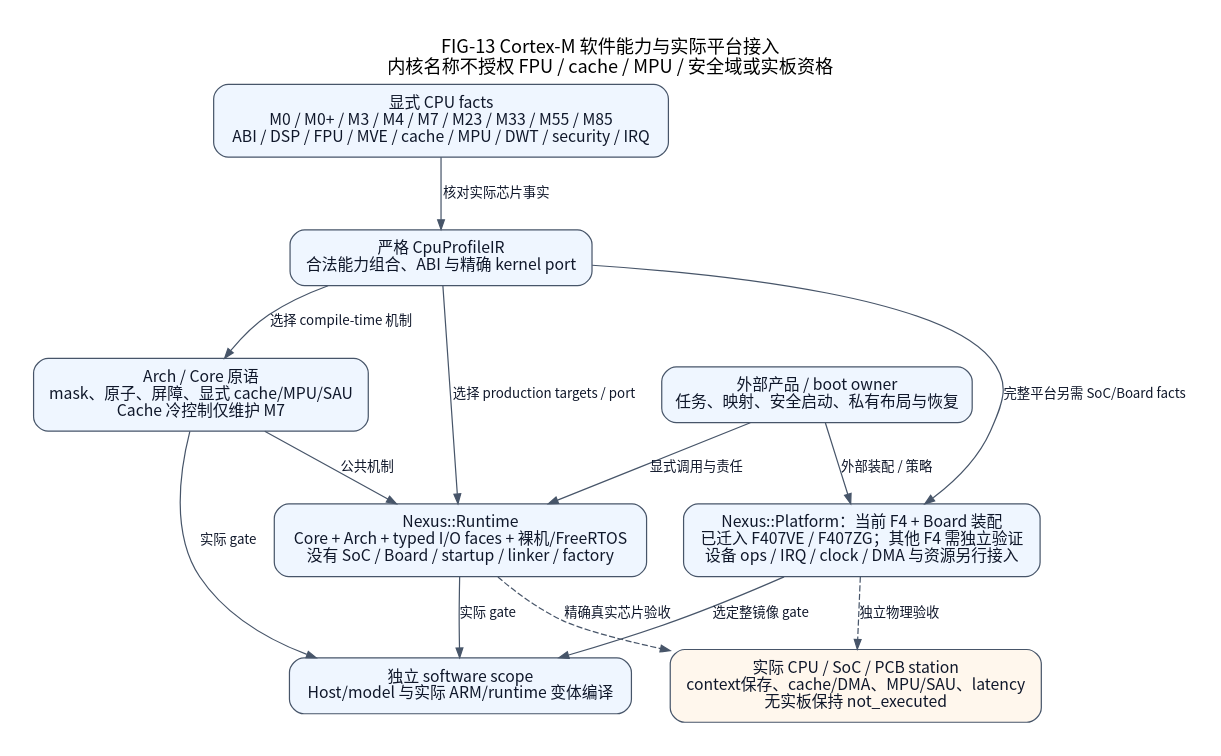
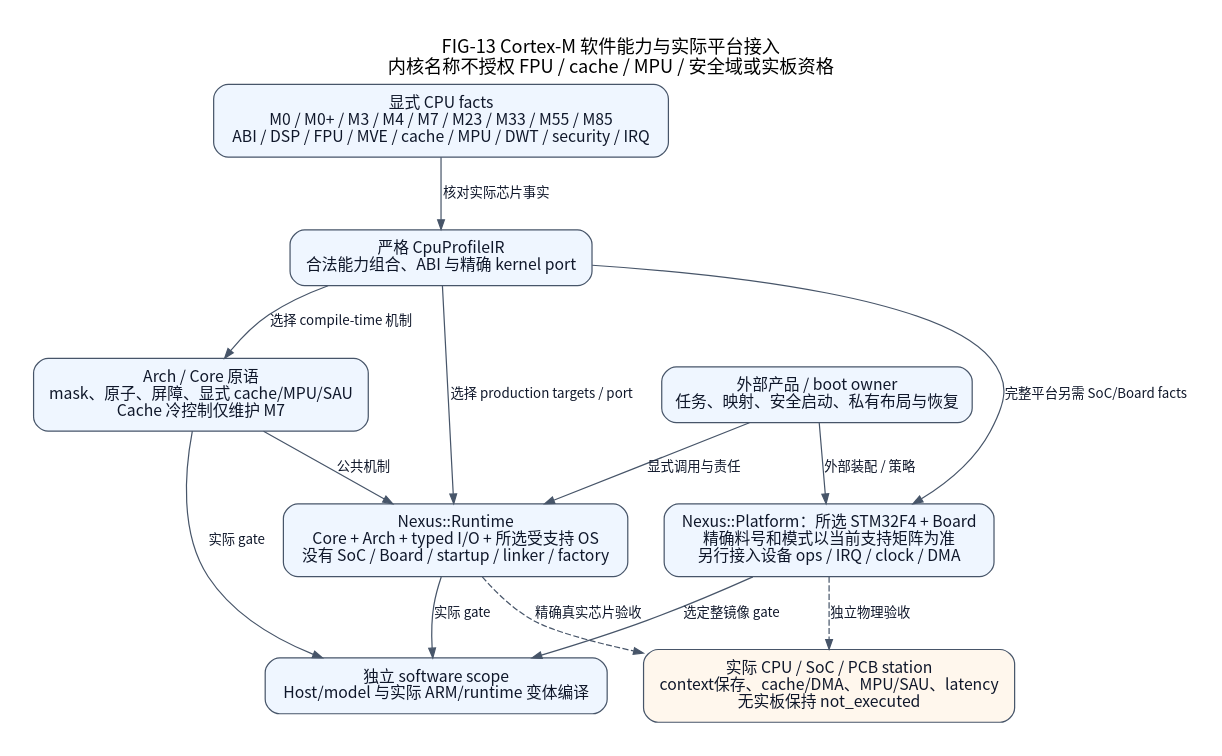
One commit to X-Gen-Lab/nexus changed the diagram in docs/assets/diagrams/cortex-m-capabilities.dot. Above: the diagram before and after it, drawn with Graphviz. The commit also changed 560 other files, not shown here.

```diff
--- a/docs/assets/diagrams/cortex-m-capabilities.dot
+++ b/docs/assets/diagrams/cortex-m-capabilities.dot
@@ -1,50 +1,46 @@
 // FIG-13 current: source-backed, scoped engineering view.
 // Code basis: arch/arm/cortex_m; cmake/platform/Runtime.cmake; soc/stm32/stm32f4.
-// Relations and qualification limits are documented in README.md.
+// Relations and qualification limits: docs/reference/diagrams.md.
 digraph CortexMCapabilities {
     graph [newrank=true, rankdir=TB, bgcolor="white", pad=0.28, nodesep=0.42,
            ranksep=0.66, fontname="Noto Sans CJK SC", fontsize=15,
            labelloc=t];
     node [shape=box, style="rounded,filled", fillcolor="#eff6ff",
           color="#475569", fontcolor="#0f172a", fontname="Noto Sans CJK SC",
           fontsize=13, margin="0.18,0.12"];
     edge [color="#475569", fontcolor="#0f172a",
           fontname="Noto Sans CJK SC", fontsize=11, arrowsize=0.8];
 
     graph [label="FIG-13 Cortex-M 软件能力与实际平台接入
 内核名称不授权 FPU / cache / MPU / 安全域或实板资格"];
     facts [label="显式 CPU facts
 M0 / M0+ / M3 / M4 / M7 / M23 / M33 / M55 / M85
 ABI / DSP / FPU / MVE / cache / MPU / DWT / security / IRQ"];
     resolver [label="严格 CpuProfileIR
 合法能力组合、ABI 与精确 kernel port"];
     primitives [label="Arch / Core 原语
 mask、原子、屏障、显式 cache/MPU/SAU
 Cache 冷控制仅维护 M7"];
-    runtime [label="Nexus::Runtime
-Core + Arch + typed I/O faces + 裸机/FreeRTOS
-没有 SoC / Board / startup / linker / factory"];
-    platform [label="Nexus::Platform：当前 F4 + Board 装配
-已迁入 F407VE / F407ZG；其他 F4 需独立验证
-设备 ops / IRQ / clock / DMA 与资源另行接入"];
+    runtime [label="Nexus::Runtime\nCore + Arch + typed I/O + 所选受支持 OS\n没有 SoC / Board / startup / linker / factory"];
+    platform [label="Nexus::Platform：所选 STM32F4 + Board\n精确料号和模式以当前支持矩阵为准\n另行接入设备 ops / IRQ / clock / DMA"];
     owner [label="外部产品 / boot owner
 任务、映射、安全启动、私有布局与恢复"];
     software [label="独立 software scope
 Host/model 与实际 ARM/runtime 变体编译"];
     physical [label="实际 CPU / SoC / PCB station
 context保存、cache/DMA、MPU/SAU、latency
 无实板保持 not_executed", fillcolor="#fff7ed"];
     facts -> resolver [label="核对实际芯片事实"];
     resolver -> primitives [label="选择 compile-time 机制"];
     resolver -> runtime [label="选择 production targets / port"];
     primitives -> runtime [label="公共机制"];
     resolver -> platform [label="完整平台另需 SoC/Board facts"];
     owner -> runtime [label="显式调用与责任"];
     owner -> platform [label="外部装配 / 策略"];
     primitives -> software [label="实际 gate"];
     runtime -> software [label="实际 gate"];
     platform -> software [label="选定整镜像 gate"];
     platform -> physical [label="独立物理验收", style=dashed];
     runtime -> physical [label="精确真实芯片验收", style=dashed];
     { rank=same; runtime; platform; }
 }
```
